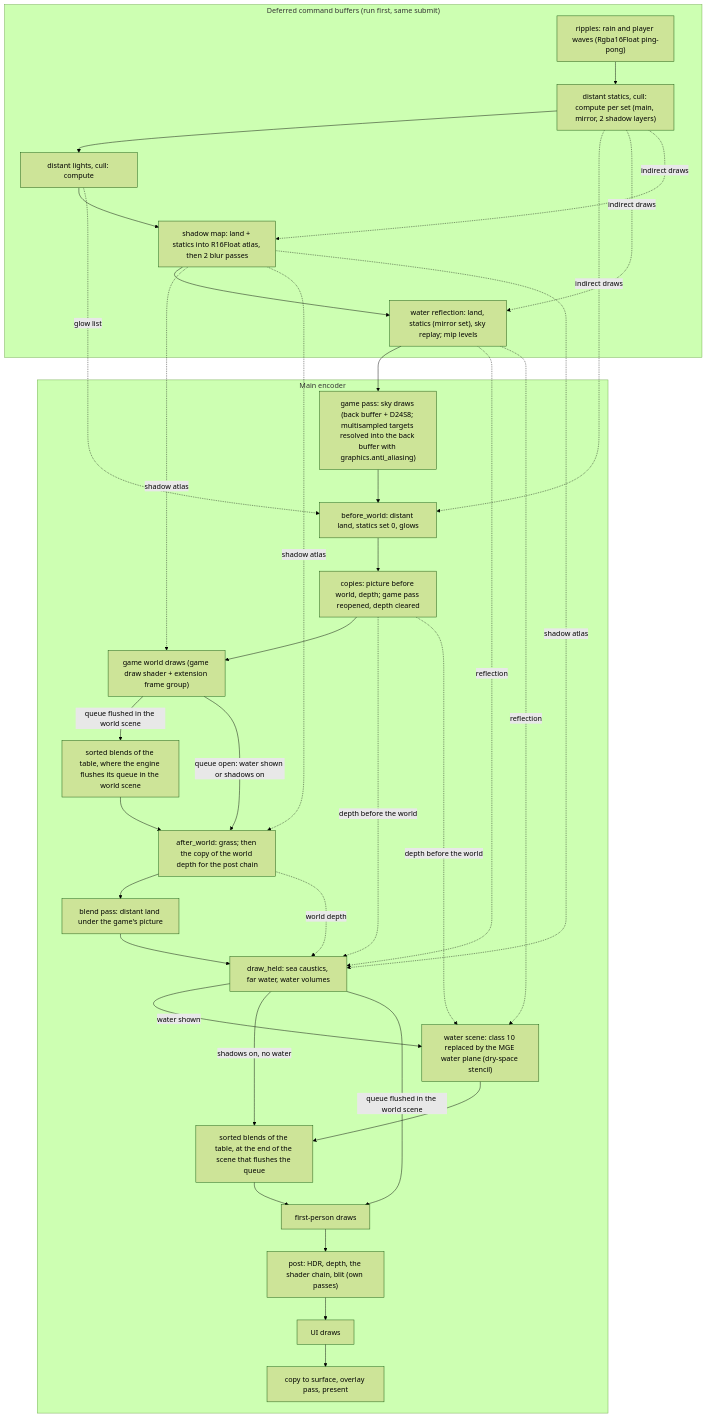
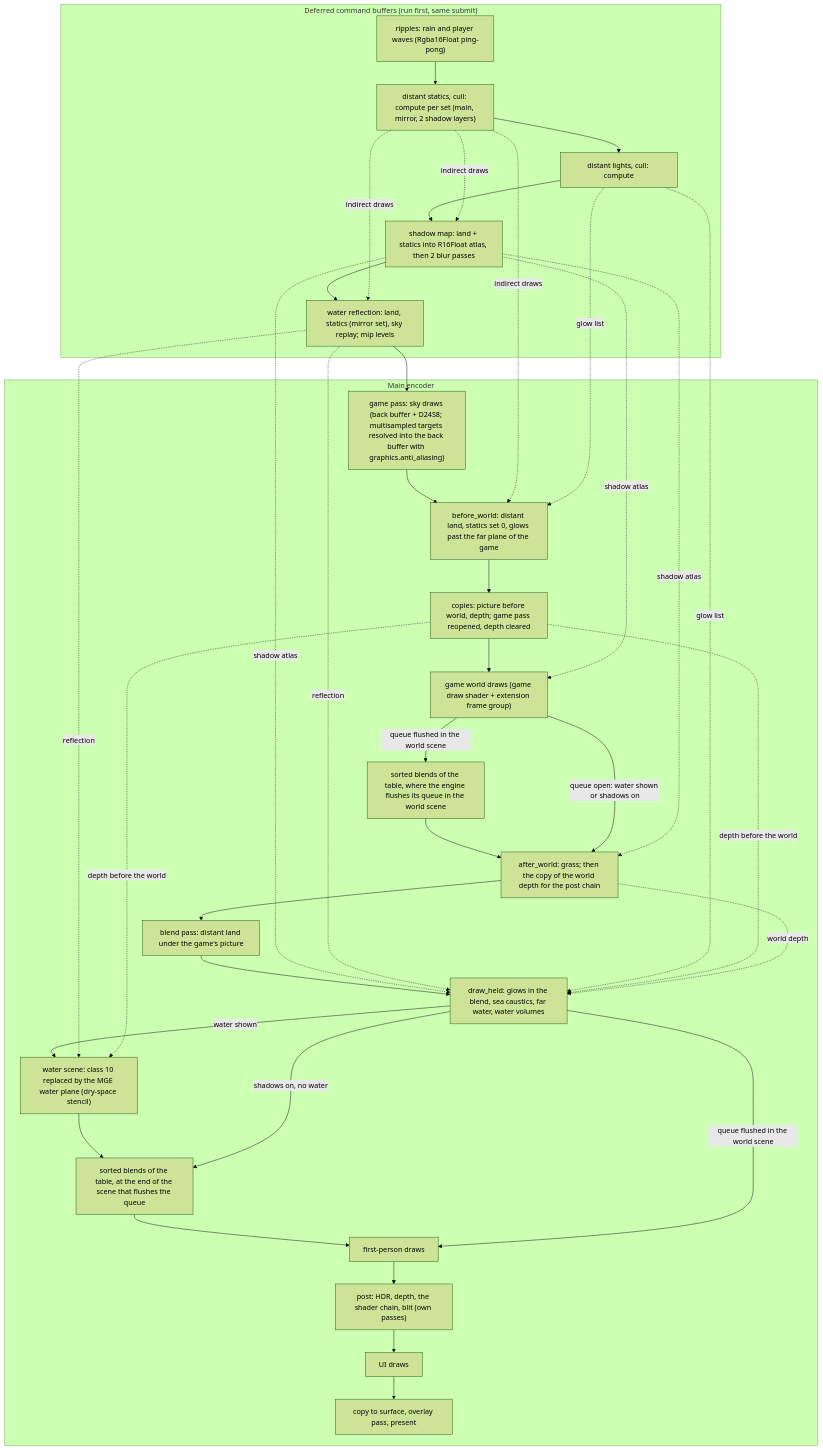
Before and after one commit to StormAtronach/MGE-XE-G7: the diagram in docs/architecture/wgpu-renderer.md, drawn with Mermaid (forest theme). The commit also changed other lines of this file and 3 other files, not shown here.

````diff
--- a/docs/architecture/wgpu-renderer.md
+++ b/docs/architecture/wgpu-renderer.md
@@ -160,47 +160,48 @@
 ```mermaid
 flowchart TD
     subgraph deferred["Deferred command buffers (run first, same submit)"]
         R["ripples: rain and player waves (Rgba16Float ping-pong)"]
         C["distant statics, cull: compute per set (main, mirror, 2 shadow layers)"]
         L["distant lights, cull: compute"]
         S["shadow map: land + statics into R16Float atlas, then 2 blur passes"]
         W["water reflection: land, statics (mirror set), sky replay; mip levels"]
     end
     subgraph main["Main encoder"]
         P0["game pass: sky draws (back buffer + D24S8; multisampled targets resolved into the back buffer with graphics.anti_aliasing)"]
-        P1["before_world: distant land, statics set 0, glows"]
+        P1["before_world: distant land, statics set 0, glows past the far plane of the game"]
         P2["copies: picture before world, depth; game pass reopened, depth cleared"]
         P3["game world draws (game draw shader + extension frame group)"]
         P4["sorted blends of the table, where the engine flushes its queue in the world scene"]
         P5["after_world: grass; then the copy of the world depth for the post chain"]
         P6["blend pass: distant land under the game's picture"]
-        P7["draw_held: sea caustics, far water, water volumes"]
+        P7["draw_held: glows in the blend, sea caustics, far water, water volumes"]
         P8["water scene: class 10 replaced by the MGE water plane (dry-space stencil)"]
         P9["sorted blends of the table, at the end of the scene that flushes the queue"]
         P10["first-person draws"]
         P11["post: HDR, depth, the shader chain, blit (own passes)"]
         P12["UI draws"]
         P13["copy to surface, overlay pass, present"]
     end
     R --> C --> L --> S --> W --> P0
     P0 --> P1 --> P2 --> P3
     P3 -- "queue flushed in the world scene" --> P4 --> P5
     P3 -- "queue open: water shown or shadows on" --> P5
     P5 --> P6 --> P7
     P7 -- "water shown" --> P8 --> P9 --> P10
     P7 -- "shadows on, no water" --> P9
     P7 -- "queue flushed in the world scene" --> P10
     P10 --> P11 --> P12 --> P13
     S -. shadow atlas .-> P3
     S -. shadow atlas .-> P5
     S -. shadow atlas .-> P7
     W -. reflection .-> P7
     W -. reflection .-> P8
     C -. indirect draws .-> P1
     C -. indirect draws .-> W
     C -. indirect draws .-> S
     L -. glow list .-> P1
+    L -. glow list .-> P7
     P2 -. depth before the world .-> P7
     P2 -. depth before the world .-> P8
     P5 -. world depth .-> P7
 ```
````
